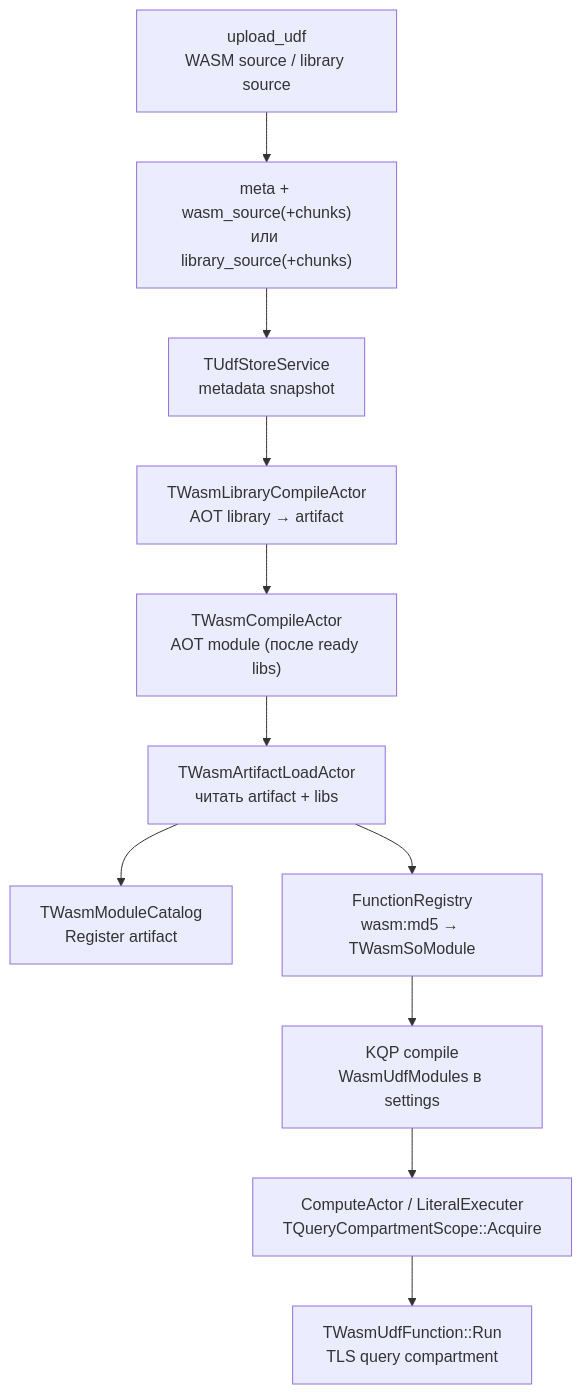
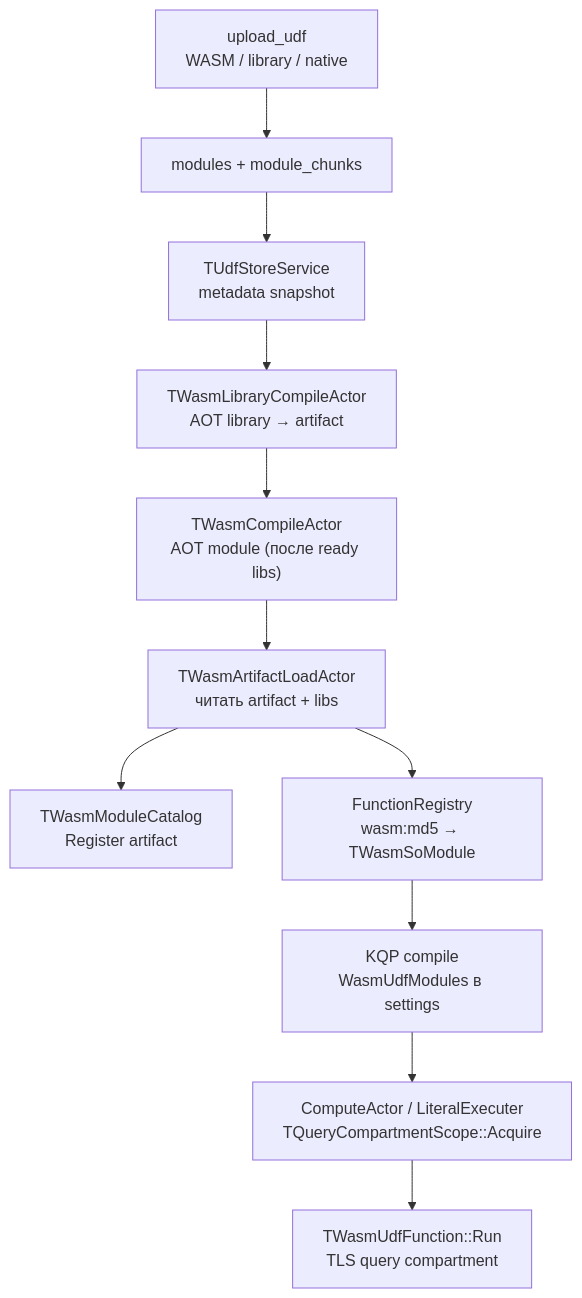
Before and after one commit to ydb-platform/ydb: the diagram in ydb/services/udf_store/doc/wasm-udf-runtime.md, drawn with Mermaid. The commit also changed other lines of this file and 46 other files, not shown here.

````diff
--- a/ydb/services/udf_store/doc/wasm-udf-runtime.md
+++ b/ydb/services/udf_store/doc/wasm-udf-runtime.md
@@ -19,13 +19,13 @@
 ```mermaid
 flowchart TD
-  Upload["upload_udf<br/>WASM source / library source"] --> Meta["meta + wasm_source(+chunks)<br/>или library_source(+chunks)"]
-  Meta --> Svc["TUdfStoreService<br/>metadata snapshot"]
+  Upload["upload_udf<br/>WASM / library / native"] --> Modules["modules + module_chunks"]
+  Modules --> Svc["TUdfStoreService<br/>metadata snapshot"]
   Svc --> LibAOT["TWasmLibraryCompileActor<br/>AOT library → artifact"]
   LibAOT --> ModAOT["TWasmCompileActor<br/>AOT module (после ready libs)"]
   ModAOT --> Load["TWasmArtifactLoadActor<br/>читать artifact + libs"]
   Load --> Catalog["TWasmModuleCatalog<br/>Register artifact"]
   Load --> FR["FunctionRegistry<br/>wasm:md5 → TWasmSoModule"]
   FR --> Compile["KQP compile<br/>WasmUdfModules в settings"]
   Compile --> CA["ComputeActor / LiteralExecuter<br/>TQueryCompartmentScope::Acquire"]
   CA --> Run["TWasmUdfFunction::Run<br/>TLS query compartment"]
 ```
````
